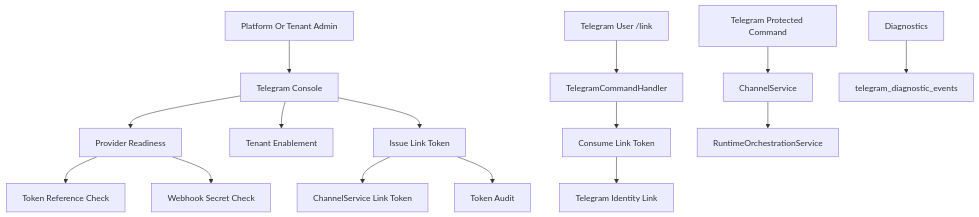
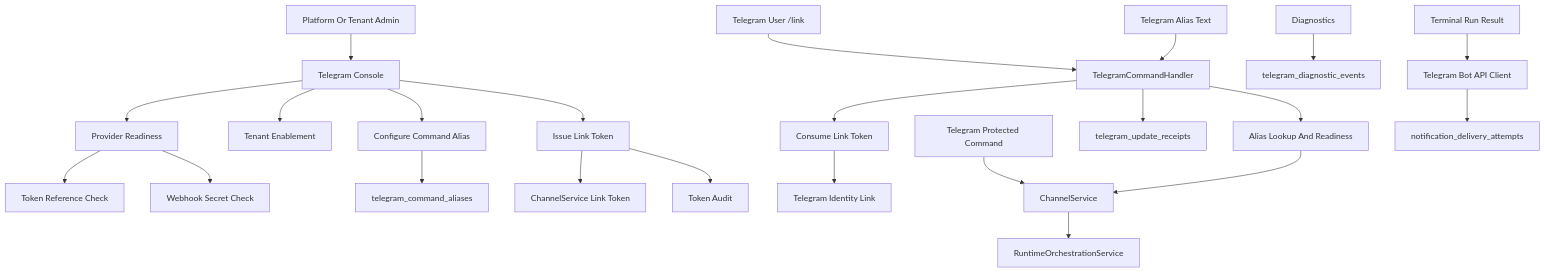
One commit to scott5252/multi-agent changed diagram 19 of 35 in system_architecture.md. Above: the diagram before and after it, drawn with Mermaid. The commit also changed other lines of this file and 6 other files, not shown here.

````diff
--- a/system_architecture.md
+++ b/system_architecture.md
@@ -1088,17 +1352,25 @@
 ```mermaid
 flowchart TD
     f16n1["Platform Or Tenant Admin"] --> f16n2["Telegram Console"]
     f16n2["Telegram Console"] --> f16n3["Provider Readiness"]
     f16n3["Provider Readiness"] --> f16n4["Token Reference Check"]
     f16n3["Provider Readiness"] --> f16n5["Webhook Secret Check"]
     f16n2["Telegram Console"] --> f16n6["Tenant Enablement"]
     f16n2["Telegram Console"] --> f16n7["Issue Link Token"]
+    f16n2["Telegram Console"] --> f16n19["Configure Command Alias"]
+    f16n19["Configure Command Alias"] --> f16n20["telegram_command_aliases"]
     f16n7["Issue Link Token"] --> f16n8["ChannelService Link Token"]
     f16n7["Issue Link Token"] --> f16n9["Token Audit"]
     f16n10["Telegram User /link"] --> f16n11["TelegramCommandHandler"]
     f16n11["TelegramCommandHandler"] --> f16n12["Consume Link Token"]
     f16n12["Consume Link Token"] --> f16n13["Telegram Identity Link"]
     f16n14["Telegram Protected Command"] --> f16n15["ChannelService"]
     f16n15["ChannelService"] --> f16n16["RuntimeOrchestrationService"]
     f16n17["Diagnostics"] --> f16n18["telegram_diagnostic_events"]
+    f16n21["Telegram Alias Text"] --> f16n11["TelegramCommandHandler"]
+    f16n11["TelegramCommandHandler"] --> f16n22["telegram_update_receipts"]
+    f16n11["TelegramCommandHandler"] --> f16n23["Alias Lookup And Readiness"]
+    f16n23["Alias Lookup And Readiness"] --> f16n15["ChannelService"]
+    f16n24["Terminal Run Result"] --> f16n25["Telegram Bot API Client"]
+    f16n25["Telegram Bot API Client"] --> f16n26["notification_delivery_attempts"]
 ```
````
